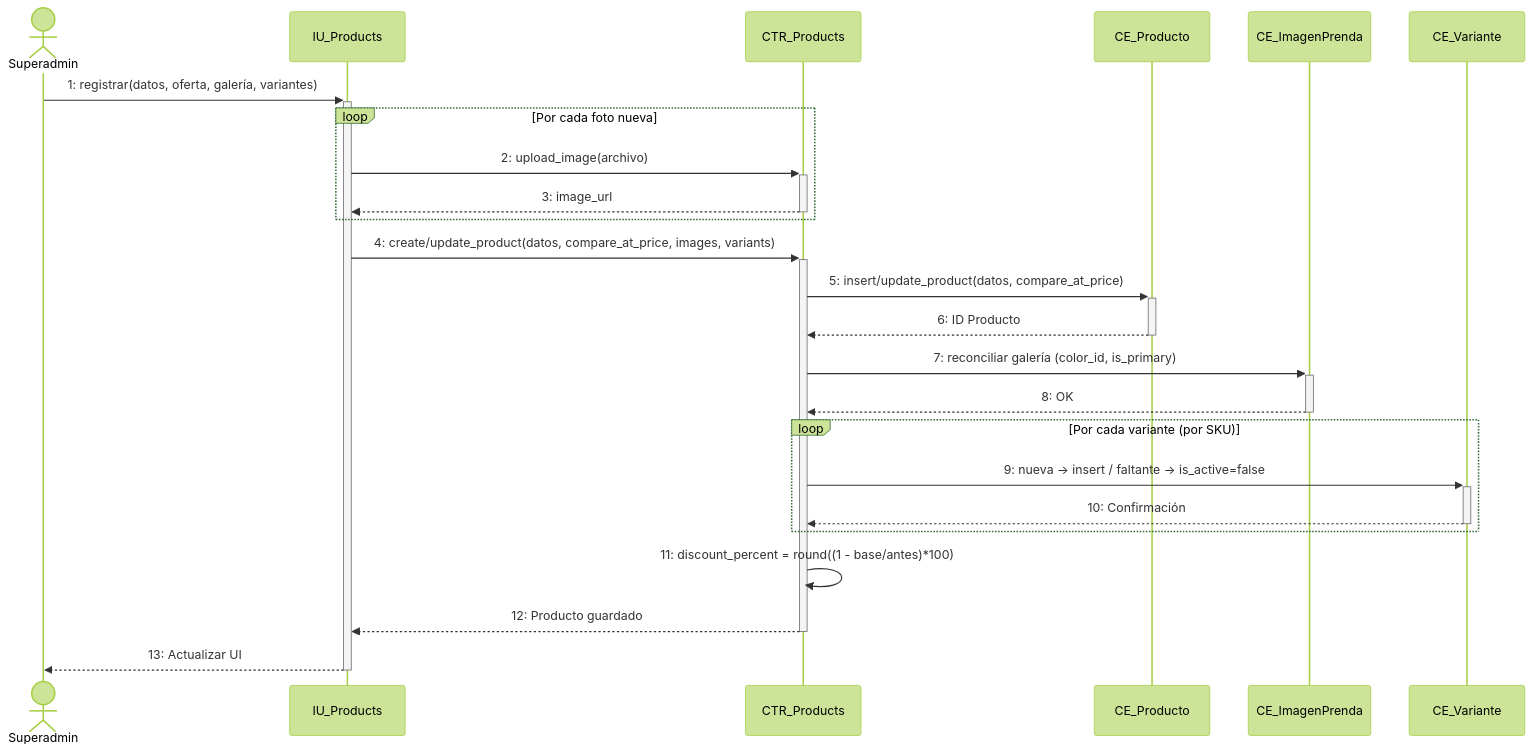
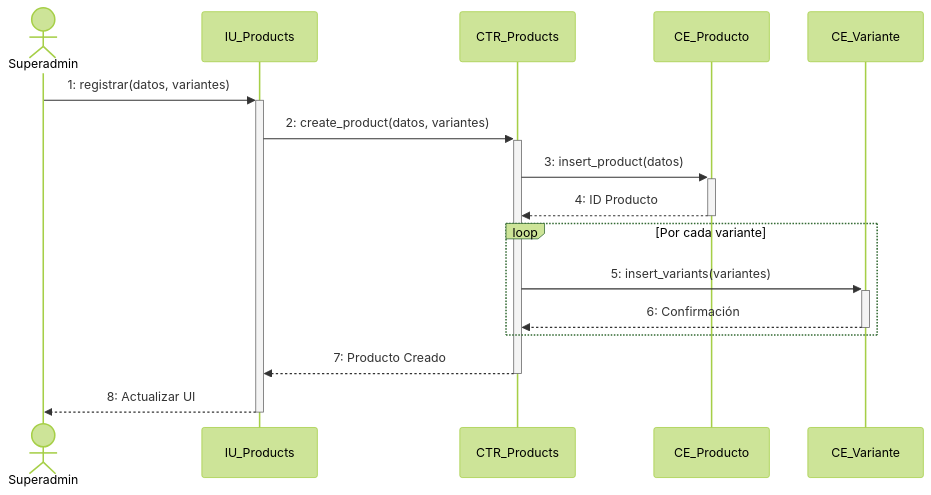
One commit to jc-larry/ecommerce changed the seventh of 38 diagrams in documentos/DOCUMENTACION_40_CASOS_DE_USO_DIAGRAMAS_SECUENCIA.md. Above: the diagram before and after it, drawn with Mermaid (forest theme). The commit also changed other lines of this file and 148 other files, not shown here.

Commit message:
feat: persistencia de base de datos en despliegue, temporizador 5min checkout/paypal movil, vestidor virtual e informes de investigacion

````diff
--- a/documentos/DOCUMENTACION_40_CASOS_DE_USO_DIAGRAMAS_SECUENCIA.md
+++ b/documentos/DOCUMENTACION_40_CASOS_DE_USO_DIAGRAMAS_SECUENCIA.md
@@ -373,27 +373,19 @@
 ```mermaid
 sequenceDiagram
     actor A as Superadmin
     participant IU as IU_Products
     participant CTR as CTR_Products
     participant CE_P as CE_Producto
-    participant CE_IMG as CE_ImagenPrenda
     participant CE_V as CE_Variante
 
-    A->>+IU: 1: registrar(datos, oferta, galería, variantes)
-    loop Por cada foto nueva
-        IU->>+CTR: 2: upload_image(archivo)
-        CTR-->>-IU: 3: image_url
+    A->>+IU: 1: registrar(datos, variantes)
+    IU->>+CTR: 2: create_product(datos, variantes)
+    CTR->>+CE_P: 3: insert_product(datos)
+    CE_P-->>-CTR: 4: ID Producto
+    loop Por cada variante
+        CTR->>+CE_V: 5: insert_variants(variantes)
+        CE_V-->>-CTR: 6: Confirmación
     end
-    IU->>+CTR: 4: create/update_product(datos, compare_at_price, images, variants)
-    CTR->>+CE_P: 5: insert/update_product(datos, compare_at_price)
-    CE_P-->>-CTR: 6: ID Producto
-    CTR->>+CE_IMG: 7: reconciliar galería (color_id, is_primary)
-    CE_IMG-->>-CTR: 8: OK
-    loop Por cada variante (por SKU)
-        CTR->>+CE_V: 9: nueva → insert / faltante → is_active=false
-        CE_V-->>-CTR: 10: Confirmación
-    end
-    CTR->>CTR: 11: discount_percent = round((1 - base/antes)*100)
-    CTR-->>-IU: 12: Producto guardado
-    IU-->>-A: 13: Actualizar UI
+    CTR-->>-IU: 7: Producto Creado
+    IU-->>-A: 8: Actualizar UI
 ```
````
